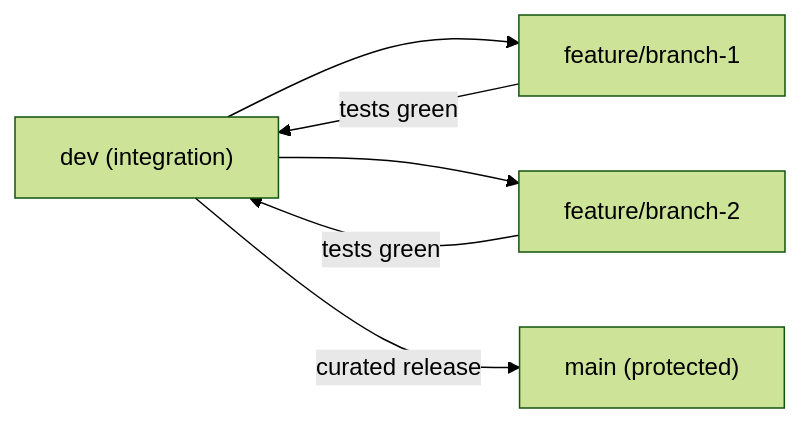
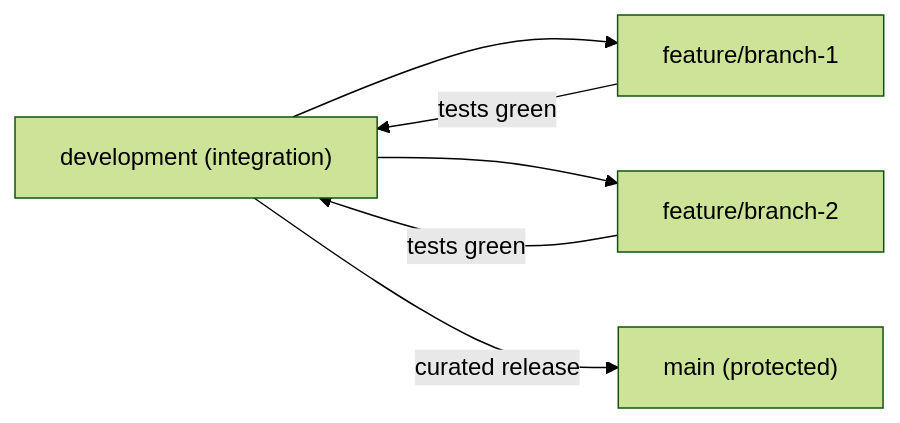
Before and after one commit to MichaelHabermas/Collab-Board: the first of 4 diagrams in docs/PRD.md, drawn with Mermaid (forest theme). The commit also changed other lines of this file, not shown here.

First line of the commit message:
docs: update PRD branch references from dev to development

````diff
--- a/docs/PRD.md
+++ b/docs/PRD.md
@@ -148,13 +148,13 @@
 ```mermaid
 flowchart LR
   main["main (protected)"]
-  dev["dev (integration)"]
+  dev["development (integration)"]
 
   dev --> f1["feature/branch-1"]
   f1 -->|"tests green"| dev
 
   dev --> f2["feature/branch-2"]
   f2 -->|"tests green"| dev
 
   dev -->|"curated release"| main
 ```
````
